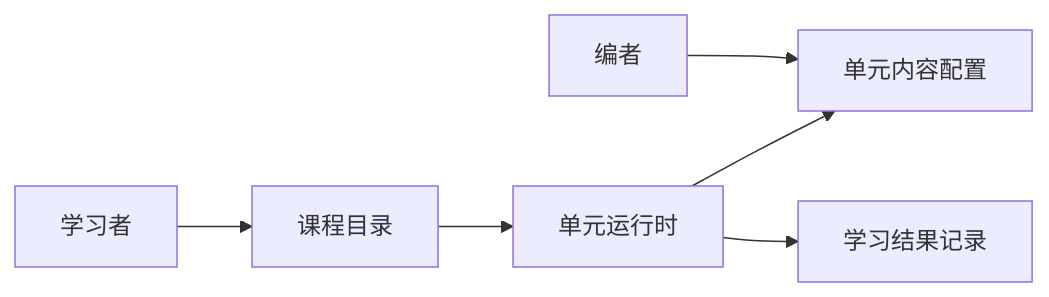
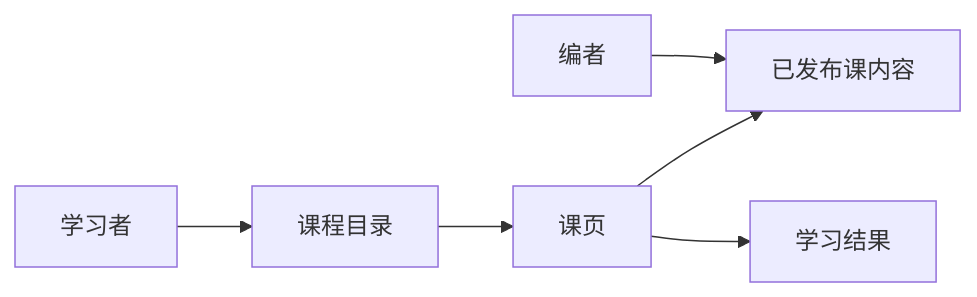
One commit to Izelzzz/interactive-tech-learning changed the first of 2 diagrams in docs/2026-10-18-http-course-from-scratch/技术规格.md. Above: the diagram before and after it, drawn with Mermaid. The commit also changed other lines of this file, not shown here.

````diff
--- a/docs/2026-10-18-http-course-from-scratch/技术规格.md
+++ b/docs/2026-10-18-http-course-from-scratch/技术规格.md
@@ -24,8 +21,8 @@
 ```mermaid
 flowchart LR
   学习者 --> 目录[课程目录]
-  目录 --> 单元页[单元运行时]
-  单元页 --> 内容[单元内容配置]
-  单元页 --> 结果[学习结果记录]
+  目录 --> 课页[课页]
+  课页 --> 内容[已发布课内容]
+  课页 --> 结果[学习结果]
   编者 --> 内容
 ```
````
